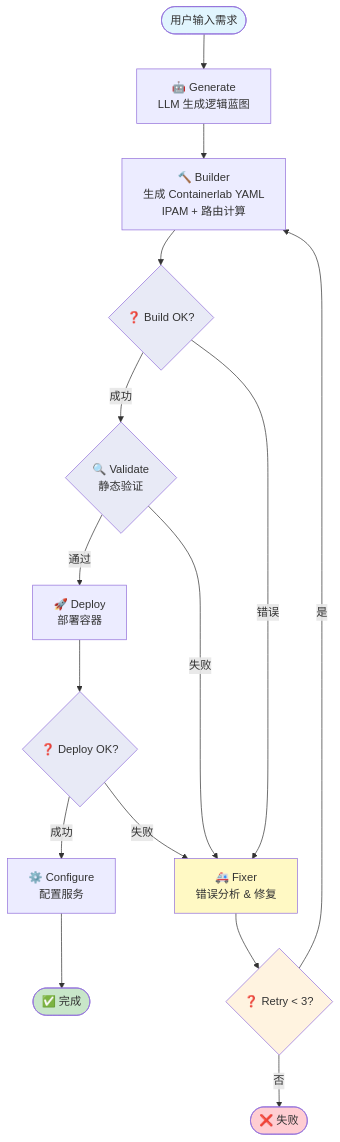
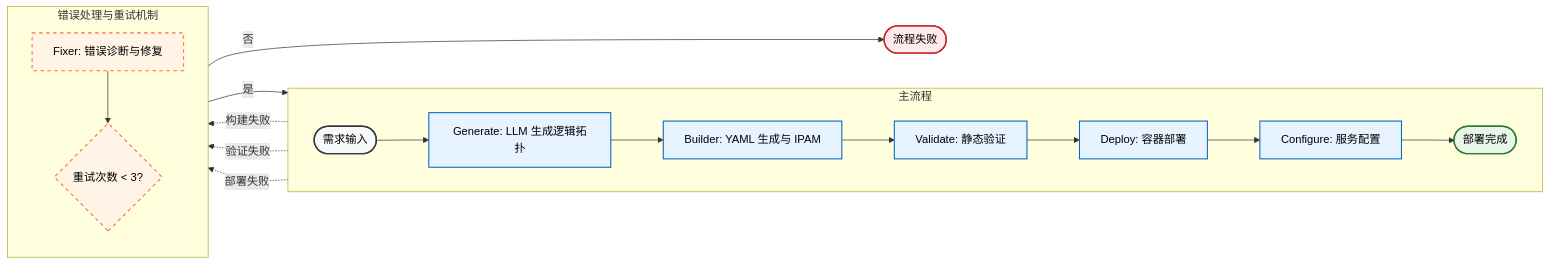
The diagram in README.md (Yuchuwa/CVELab), drawn with Mermaid before and after one commit.

````diff
--- a/README.md
+++ b/README.md
@@ -46,39 +46,38 @@
 ```mermaid
-flowchart TB
-    Start([用户输入需求]) --> Generate[🤖 Generate<br/>LLM 生成逻辑蓝图]
+flowchart LR
+    subgraph Main["主流程"]
+        direction LR
+        Start([需求输入]) --> Generate["Generate: LLM 生成逻辑拓扑"]
+        Generate --> Builder["Builder: YAML 生成与 IPAM"]
+        Builder --> Validate["Validate: 静态验证"]
+        Validate --> Deploy["Deploy: 容器部署"]
+        Deploy --> Config["Configure: 服务配置"]
+        Config --> End([部署完成])
+    end
 
-    Generate --> Builder[🔨 Builder<br/>生成 Containerlab YAML<br/>IPAM + 路由计算]
+    subgraph Error["错误处理与重试机制"]
+        direction TB
+        Fixer["Fixer: 错误诊断与修复"]
+        Retry{"重试次数 < 3?"}
+        Fixer --> Retry
+    end
 
-    Builder --> BuildCheck{❓ Build OK?}
+    Builder -.->|构建失败| Fixer
+    Validate -.->|验证失败| Fixer
+    Deploy -.->|部署失败| Fixer
 
-    BuildCheck -->|成功| Validate{🔍 Validate<br/>静态验证}
+    Retry -->|是| Builder
+    Retry -->|否| Failed([流程失败])
 
-    BuildCheck -->|错误| Fixer[🚑 Fixer<br/>错误分析 & 修复]
+    classDef terminal fill:#f8f9fa,stroke:#343a40,stroke-width:2px,color:#000
+    classDef process fill:#e7f3ff,stroke:#0066cc,stroke-width:1.5px,color:#000
+    classDef error fill:#fff4e6,stroke:#ff6b35,stroke-width:1.5px,stroke-dasharray: 5 5,color:#000
+    classDef success fill:#e8f5e9,stroke:#2e7d32,stroke-width:2px,color:#000
+    classDef failed fill:#ffebee,stroke:#c62828,stroke-width:2px,color:#000
 
-    Validate -->|通过| Deploy[🚀 Deploy<br/>部署容器]
-
-    Validate -->|失败| Fixer
-
-    Deploy --> DeployCheck{❓ Deploy OK?}
-
-    DeployCheck -->|成功| Config[⚙️ Configure<br/>配置服务]
-
-    DeployCheck -->|失败| Fixer
-
-    Config --> Success([✅ 完成])
-
-    Fixer --> RetryCheck{❓ Retry < 3?}
-
-    RetryCheck -->|是| Builder
-
-    RetryCheck -->|否| Failed([❌ 失败])
-
-    style Start fill:#e1f5fe
-    style Success fill:#c8e6c9
-    style Failed fill:#ffcdd2
-    style Fixer fill:#fff9c4
-    style Validate fill:#e8eaf6
-    style BuildCheck fill:#e8eaf6
-    style DeployCheck fill:#e8eaf6
-    style RetryCheck fill:#fff3e0
+    class Start,End terminal
+    class Generate,Builder,Validate,Deploy,Config process
+    class Fixer,Retry error
+    class End success
+    class Failed failed
 ```
````
